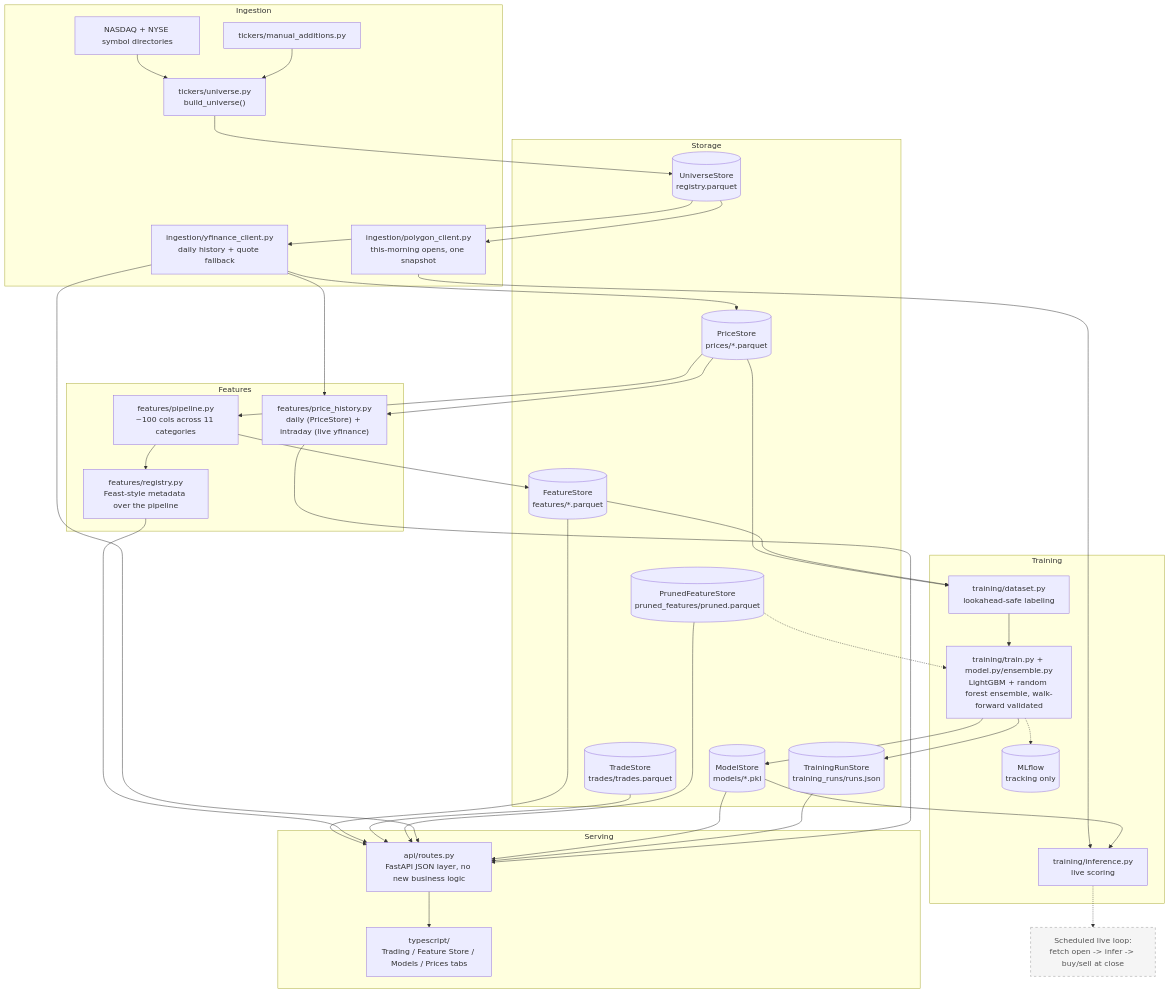
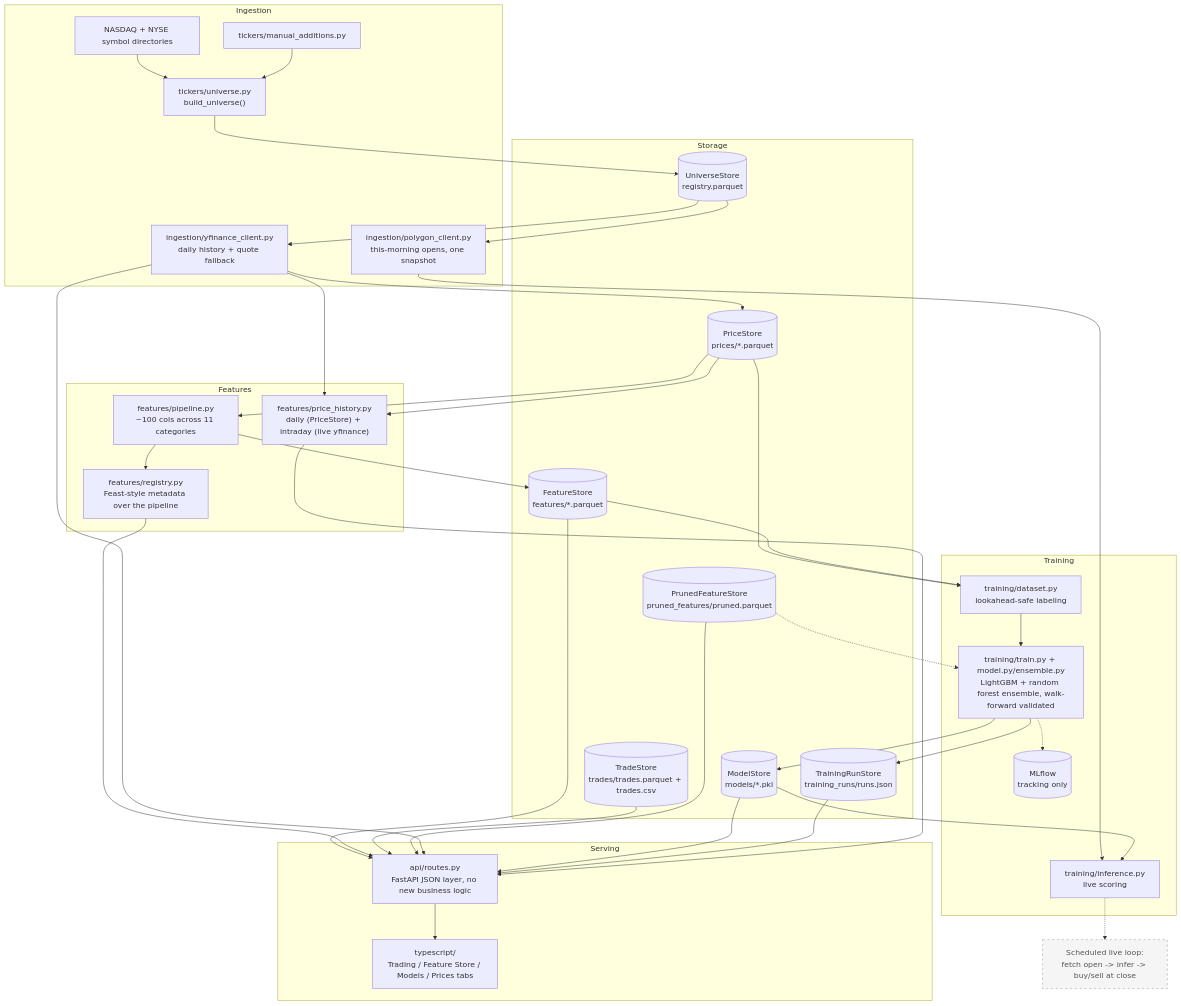
The diagram in README.md (fartzy/stock-picker), drawn with Mermaid before and after one commit. The commit also changed 4 other files, not shown here.

First line of the commit message:
Human-readable trades.csv next to the parquet log (#83)

````diff
--- a/README.md
+++ b/README.md
@@ -16,74 +16,74 @@
 ```mermaid
 flowchart TB
     subgraph Ingestion
         WIKI["NASDAQ + NYSE symbol directories"]
         MANUAL["tickers/manual_additions.py"]
         BUILDUNIV["tickers/universe.py<br/>build_universe()"]
         YF["ingestion/yfinance_client.py<br/>daily history + quote fallback"]
         POLY["ingestion/polygon_client.py<br/>this-morning opens, one snapshot"]
     end
 
     subgraph Storage
         US[("UniverseStore<br/>registry.parquet")]
         PS[("PriceStore<br/>prices/*.parquet")]
         FS[("FeatureStore<br/>features/*.parquet")]
         MS[("ModelStore<br/>models/*.pkl")]
-        TS[("TradeStore<br/>trades/trades.parquet")]
+        TS[("TradeStore<br/>trades/trades.parquet + trades.csv")]
         PFS[("PrunedFeatureStore<br/>pruned_features/pruned.parquet")]
         TRS[("TrainingRunStore<br/>training_runs/runs.json")]
     end
 
     subgraph Features
         FEATPIPE["features/pipeline.py<br/>~100 cols across 11 categories"]
         REGISTRY["features/registry.py<br/>Feast-style metadata over the pipeline"]
         PRICEHIST["features/price_history.py<br/>daily (PriceStore) + intraday (live yfinance)"]
     end
 
     subgraph Training
         DATASET["training/dataset.py<br/>lookahead-safe labeling"]
         TRAIN["training/train.py + model.py/ensemble.py<br/>LightGBM + random forest ensemble, walk-forward validated"]
         INFER["training/inference.py<br/>live scoring"]
         MLFLOW[("MLflow<br/>tracking only")]
     end
 
     subgraph Serving
         API["api/routes.py<br/>FastAPI JSON layer, no new business logic"]
         WEB["typescript/<br/>Trading / Feature Store / Models / Prices tabs"]
     end
 
     LIVE["Scheduled live loop:<br/>fetch open -> infer -> buy/sell at close"]
 
     WIKI --> BUILDUNIV
     MANUAL --> BUILDUNIV
     BUILDUNIV --> US
     US --> YF
     US --> POLY
     POLY --> INFER
     YF --> PS
     PS --> FEATPIPE
     FEATPIPE --> FS
     PS --> DATASET
     FS --> DATASET
     DATASET --> TRAIN
     TRAIN --> MS
     TRAIN --> TRS
     TRAIN -.-> MLFLOW
     MS --> INFER
     PFS -.-> TRAIN
     FEATPIPE --> REGISTRY
     FS --> API
     REGISTRY --> API
     TS --> API
     PFS --> API
     YF --> API
     MS --> API
     TRS --> API
     PS --> PRICEHIST
     YF --> PRICEHIST
     PRICEHIST --> API
     API --> WEB
     INFER -.-> LIVE
 
     classDef planned stroke-dasharray: 5 5,fill:#f5f5f5,stroke:#999,color:#555;
     class LIVE planned;
 ```
````
